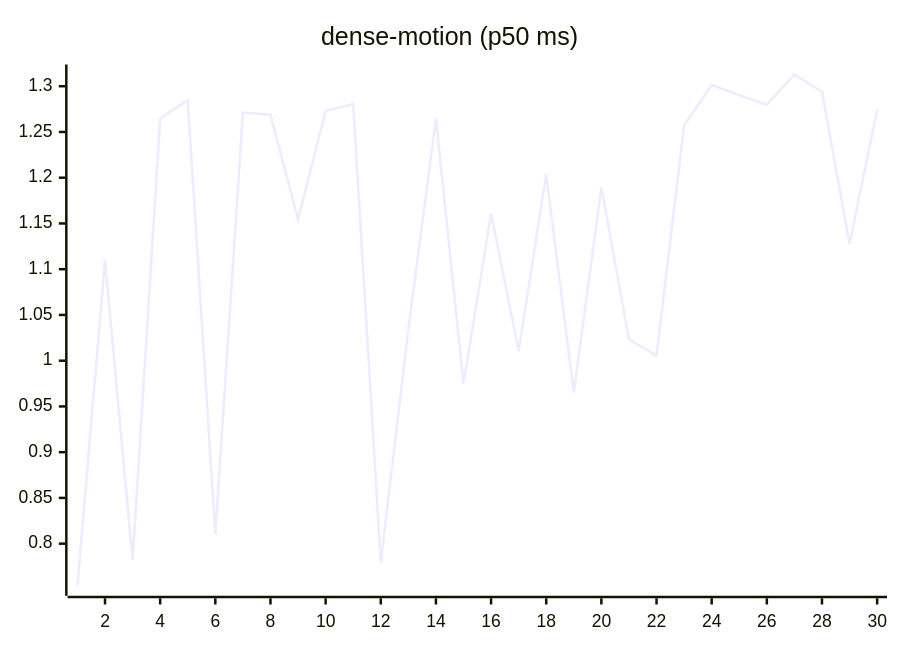
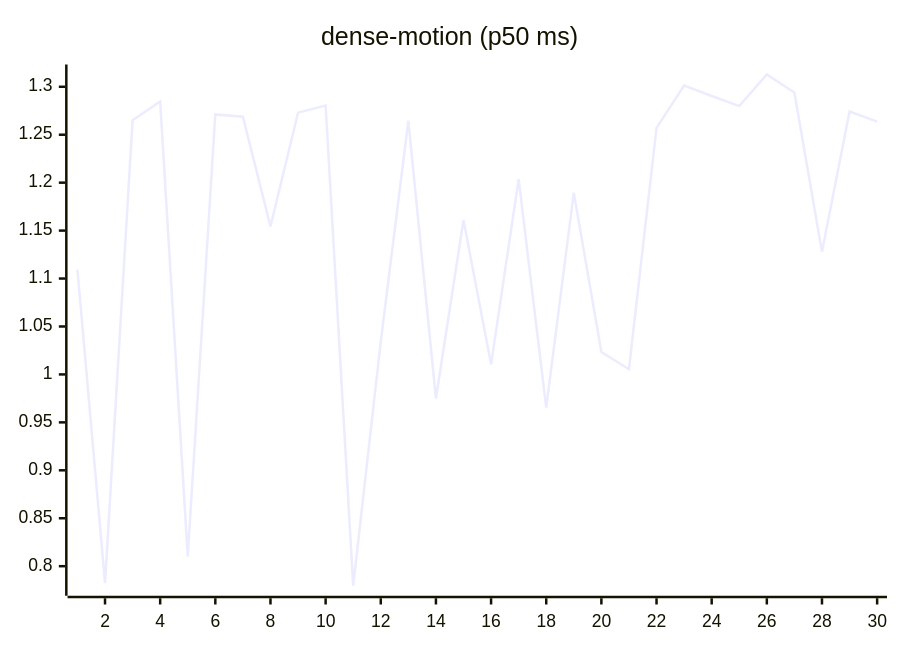
One commit to josha/Facet changed the ninth of 27 diagrams in README.md. Above: the diagram before and after it, drawn with Mermaid. The commit also changed other lines of this file and 2 other files, not shown here.

````diff
--- a/README.md
+++ b/README.md
@@ -119,6 +119,6 @@
 ```mermaid
 xychart-beta
     title "dense-motion (p50 ms)"
     x-axis 1 --> 30
-    line [0.7540, 1.1093, 0.7822, 1.2651, 1.2846, 0.8102, 1.2712, 1.2688, 1.1544, 1.2730, 1.2805, 0.7796, 1.0341, 1.2646, 0.9749, 1.1610, 1.0105, 1.2037, 0.9653, 1.1895, 1.0233, 1.0054, 1.2572, 1.3012, 1.2904, 1.2798, 1.3128, 1.2940, 1.1276, 1.2742]
+    line [1.1093, 0.7822, 1.2651, 1.2846, 0.8102, 1.2712, 1.2688, 1.1544, 1.2730, 1.2805, 0.7796, 1.0341, 1.2646, 0.9749, 1.1610, 1.0105, 1.2037, 0.9653, 1.1895, 1.0233, 1.0054, 1.2572, 1.3012, 1.2904, 1.2798, 1.3128, 1.2940, 1.1276, 1.2742, 1.2636]
 ```
````
